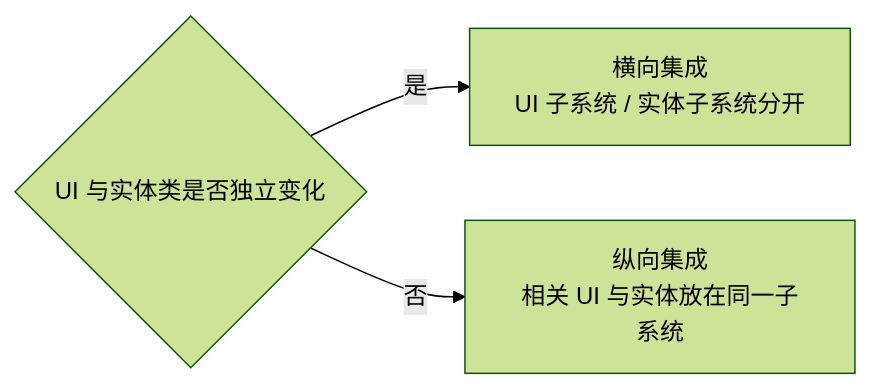
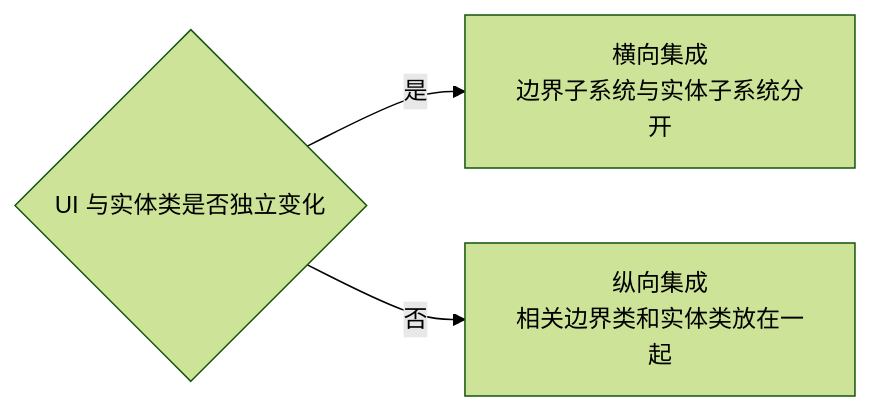
Before and after one commit to crashingby/homepage: diagram 12 of 13 in src/content/blog/Software-Construction/Chap03.md, drawn with Mermaid (forest theme). The commit also changed other lines of this file and 6 other files, not shown here.

````diff
--- a/src/content/blog/Software-Construction/Chap03.md
+++ b/src/content/blog/Software-Construction/Chap03.md
@@ -727,5 +611,5 @@
 ```mermaid
 flowchart LR
-  A{"UI 与实体类是否独立变化"} -->|是| B["横向集成<br/>UI 子系统 / 实体子系统分开"]
-  A -->|否| C["纵向集成<br/>相关 UI 与实体放在同一子系统"]
+  Change{"UI 与实体类是否独立变化"} -->|是| Horizontal["横向集成<br/>边界子系统与实体子系统分开"]
+  Change -->|否| Vertical["纵向集成<br/>相关边界类和实体类放在一起"]
 ```
````
